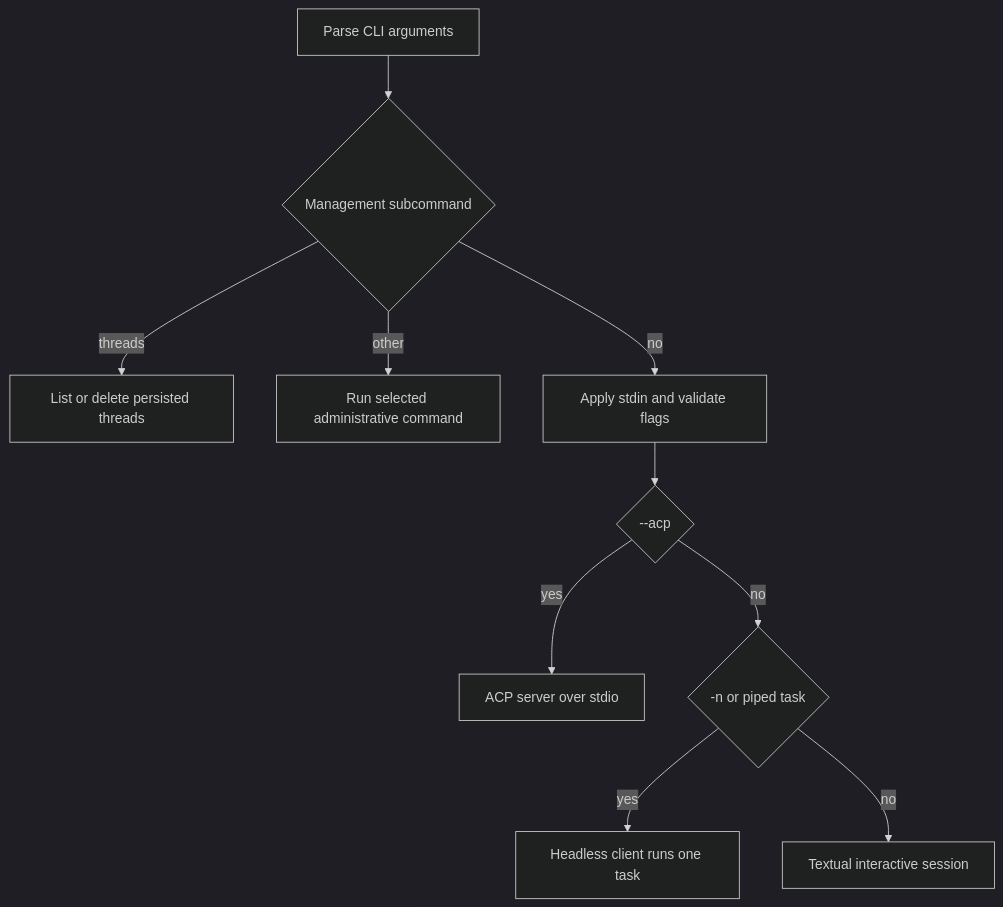
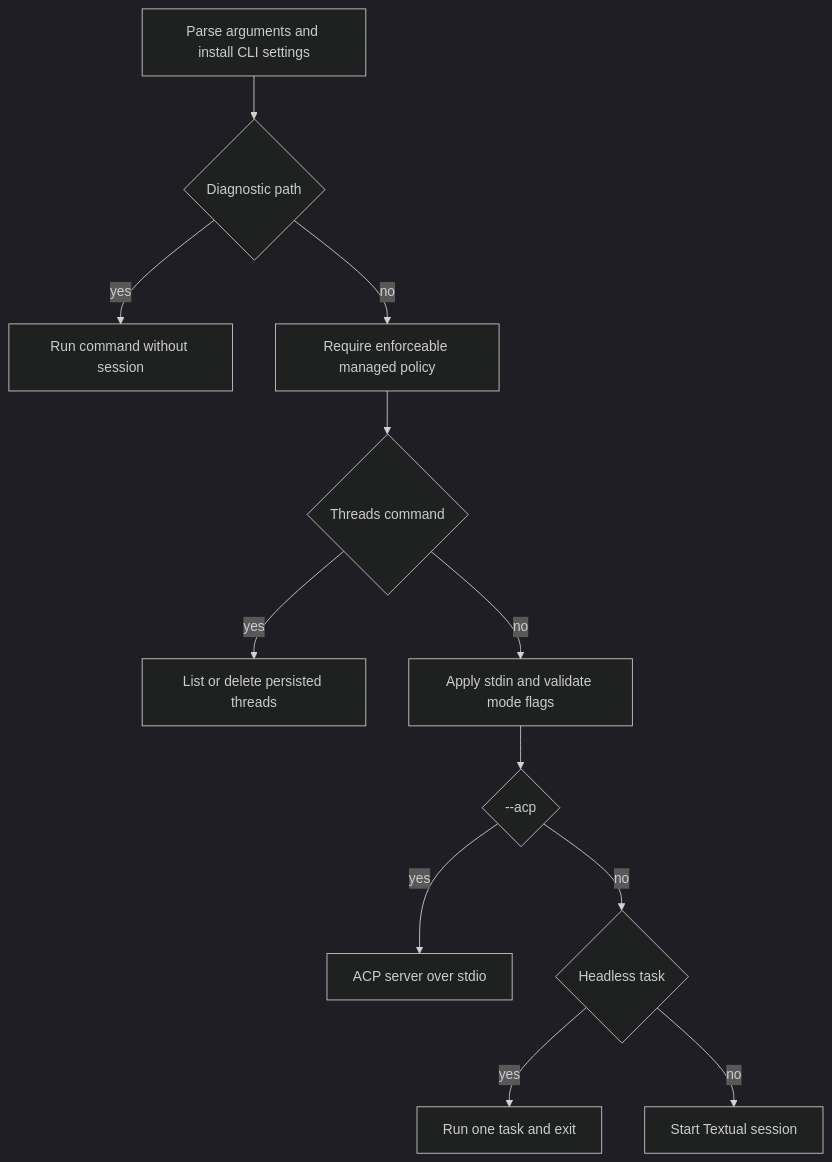
Before and after one commit to langchain-ai/deepagents: the first of 2 diagrams in openwiki/workflows/run-dcode-session.md, drawn with Mermaid (dark theme). The commit also changed other lines of this file and 31 other files, not shown here.

````diff
--- a/openwiki/workflows/run-dcode-session.md
+++ b/openwiki/workflows/run-dcode-session.md
@@ -60,12 +64,14 @@
 ```mermaid
 flowchart TD
-    Parse["Parse CLI arguments"] --> Admin{"Management subcommand"}
-    Admin -->|"threads"| Threads["List or delete persisted threads"]
-    Admin -->|"other"| Other["Run selected administrative command"]
-    Admin -->|"no"| Input["Apply stdin and validate flags"]
-    Input --> ACP{"--acp"}
-    ACP -->|"yes"| ACPServer["ACP server over stdio"]
-    ACP -->|"no"| Headless{"-n or piped task"}
-    Headless -->|"yes"| Task["Headless client runs one task"]
-    Headless -->|"no"| TUI["Textual interactive session"]
+    Parse["Parse arguments and install CLI settings"] --> Diagnostic{"Diagnostic path"}
+    Diagnostic -->|"yes"| Admin["Run command without session"]
+    Diagnostic -->|"no"| Policy["Require enforceable managed policy"]
+    Policy --> Threads{"Threads command"}
+    Threads -->|"yes"| ThreadAdmin["List or delete persisted threads"]
+    Threads -->|"no"| Validate["Apply stdin and validate mode flags"]
+    Validate --> Acp{"--acp"}
+    Acp -->|"yes"| AcpServer["ACP server over stdio"]
+    Acp -->|"no"| Headless{"Headless task"}
+    Headless -->|"yes"| Task["Run one task and exit"]
+    Headless -->|"no"| Tui["Start Textual session"]
 ```
````
